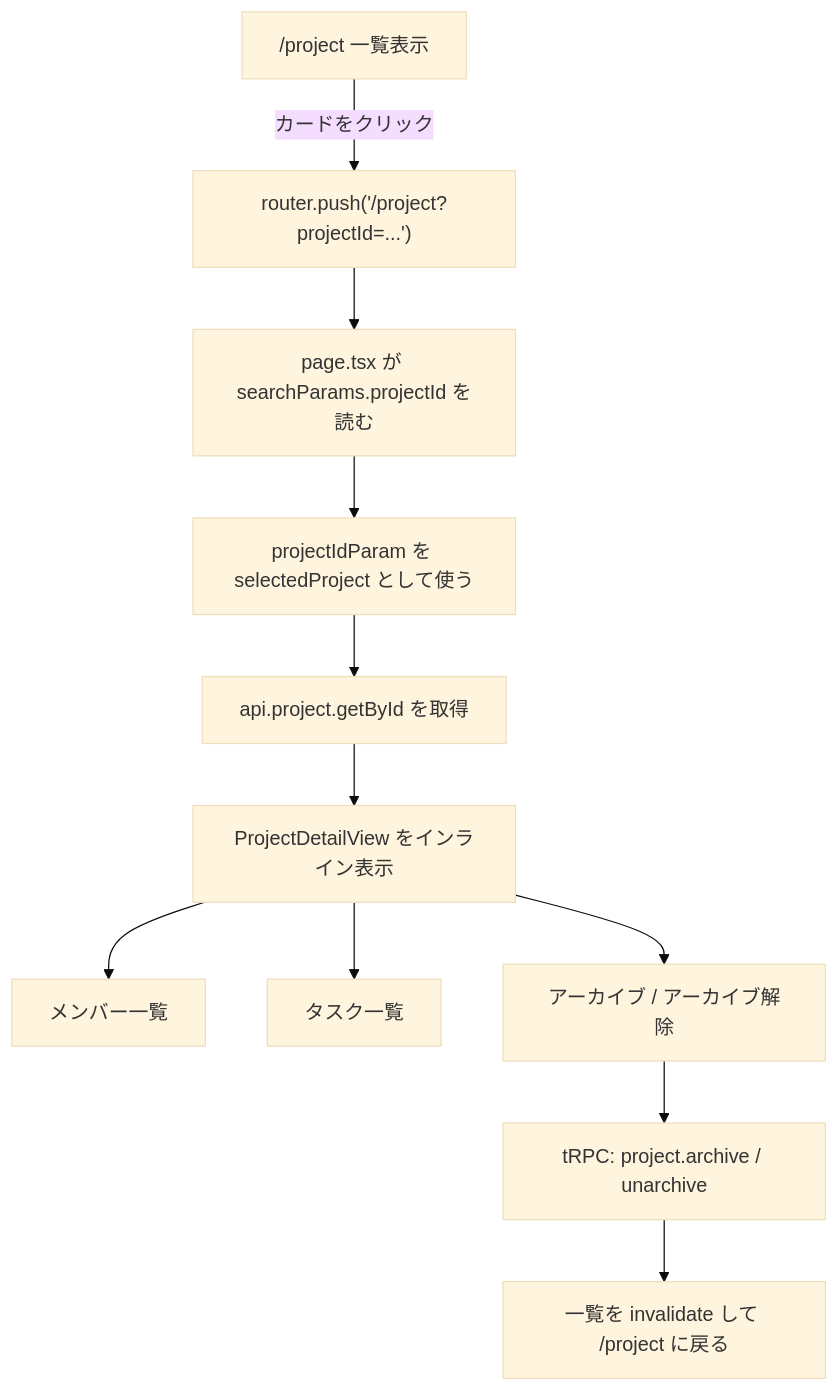
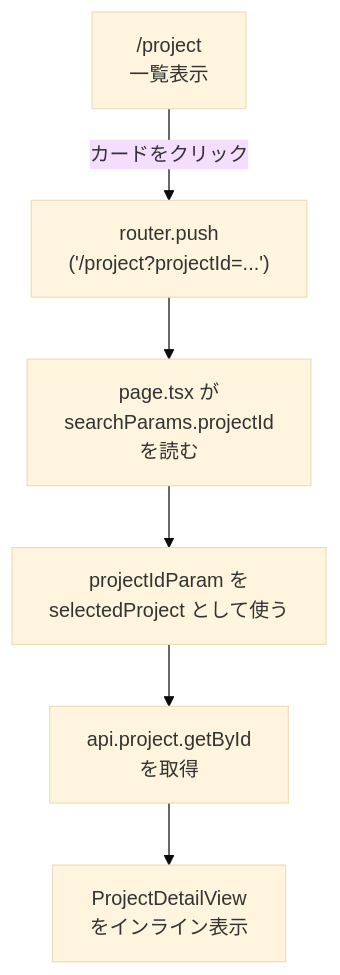
One commit to kouiso/task-app changed the first of 3 diagrams in material/30days-curriculum/day27_プロジェクト詳細・アーカイブを実装しよう.md. Above: the diagram before and after it, drawn with Mermaid (base theme). The commit also changed other lines of this file and 345 other files, not shown here.

````diff
--- a/material/30days-curriculum/day27_プロジェクト詳細・アーカイブを実装しよう.md
+++ b/material/30days-curriculum/day27_プロジェクト詳細・アーカイブを実装しよう.md
@@ -54,13 +49,8 @@
 ```mermaid
 flowchart TD
-    A["/project 一覧表示"] -->|"カードをクリック"| B["router.push('/project?projectId=...')"]
-    B --> C["page.tsx が searchParams.projectId を読む"]
-    C --> D["projectIdParam を selectedProject として使う"]
-    D --> E["api.project.getById を取得"]
-    E --> F["ProjectDetailView をインライン表示"]
-    F --> G["メンバー一覧"]
-    F --> H["タスク一覧"]
-    F --> I["アーカイブ / アーカイブ解除"]
-    I --> J["tRPC: project.archive / unarchive"]
-    J --> K["一覧を invalidate して /project に戻る"]
+    A["/project<br/>一覧表示"] -->|"カードをクリック"| B["router.push<br/>('/project?projectId=...')"]
+    B --> C["page.tsx が<br/>searchParams.projectId<br/>を読む"]
+    C --> D["projectIdParam を<br/>selectedProject として使う"]
+    D --> E["api.project.getById<br/>を取得"]
+    E --> F["ProjectDetailView<br/>をインライン表示"]
 ```
````
